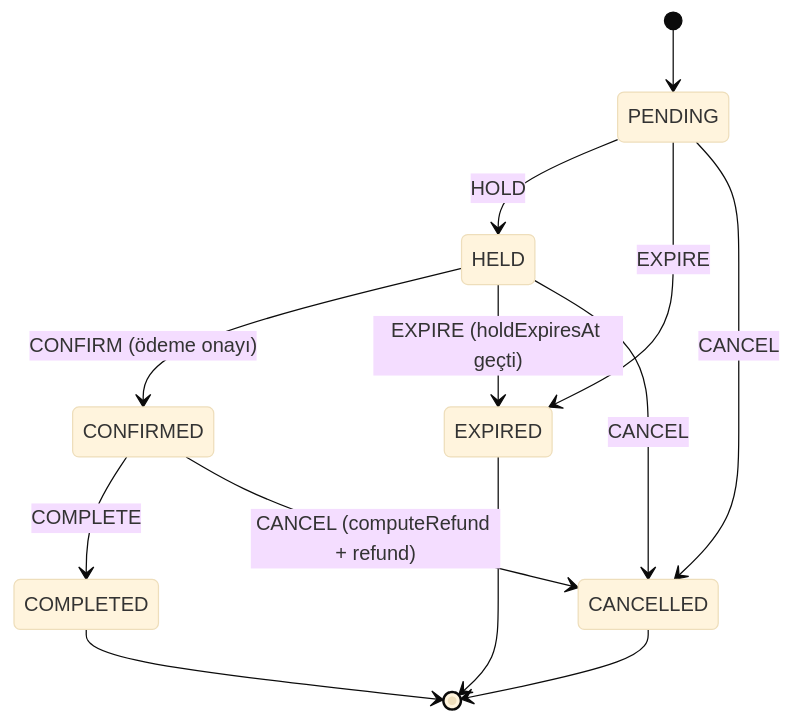
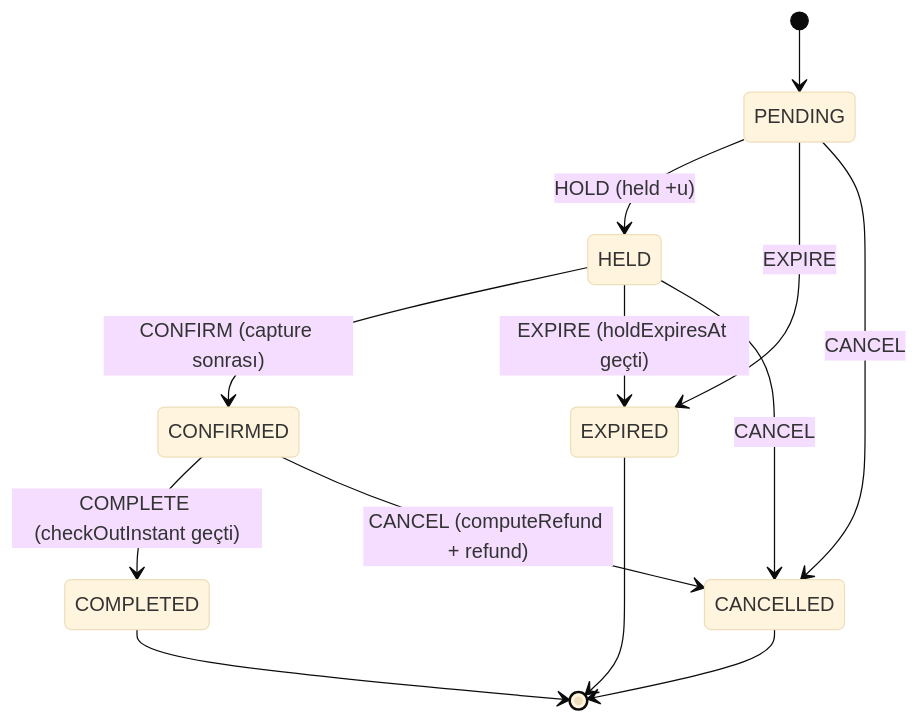
The second of 4 diagrams in docs/ARCHITECTURE.md (tunadeniz1304/booking-platform), drawn with Mermaid (base theme) before and after one commit. The commit also changed other lines of this file and 16 other files, not shown here.

Commit message:
docs: update v3 architecture, security, compliance and screenshots

````diff
--- a/docs/ARCHITECTURE.md
+++ b/docs/ARCHITECTURE.md
@@ -92,15 +124,15 @@
 ```mermaid
 stateDiagram-v2
   [*] --> PENDING
-  PENDING --> HELD: HOLD
+  PENDING --> HELD: HOLD (held +u)
   PENDING --> EXPIRED: EXPIRE
   PENDING --> CANCELLED: CANCEL
-  HELD --> CONFIRMED: CONFIRM (ödeme onayı)
+  HELD --> CONFIRMED: CONFIRM (capture sonrası)
   HELD --> EXPIRED: EXPIRE (holdExpiresAt geçti)
   HELD --> CANCELLED: CANCEL
-  CONFIRMED --> COMPLETED: COMPLETE
+  CONFIRMED --> COMPLETED: COMPLETE (checkOutInstant geçti)
   CONFIRMED --> CANCELLED: CANCEL (computeRefund + refund)
   COMPLETED --> [*]
   CANCELLED --> [*]
   EXPIRED --> [*]
 ```
````
